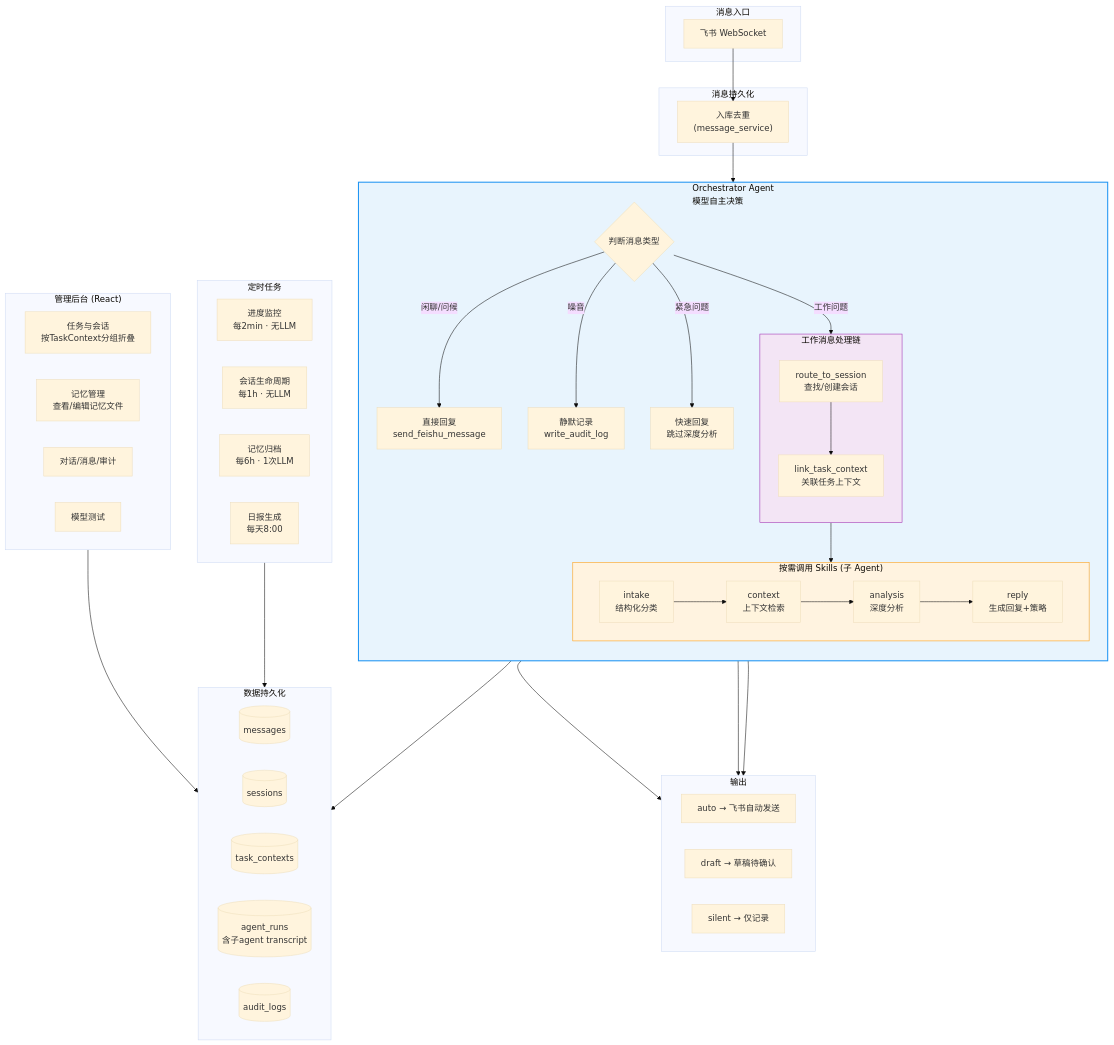
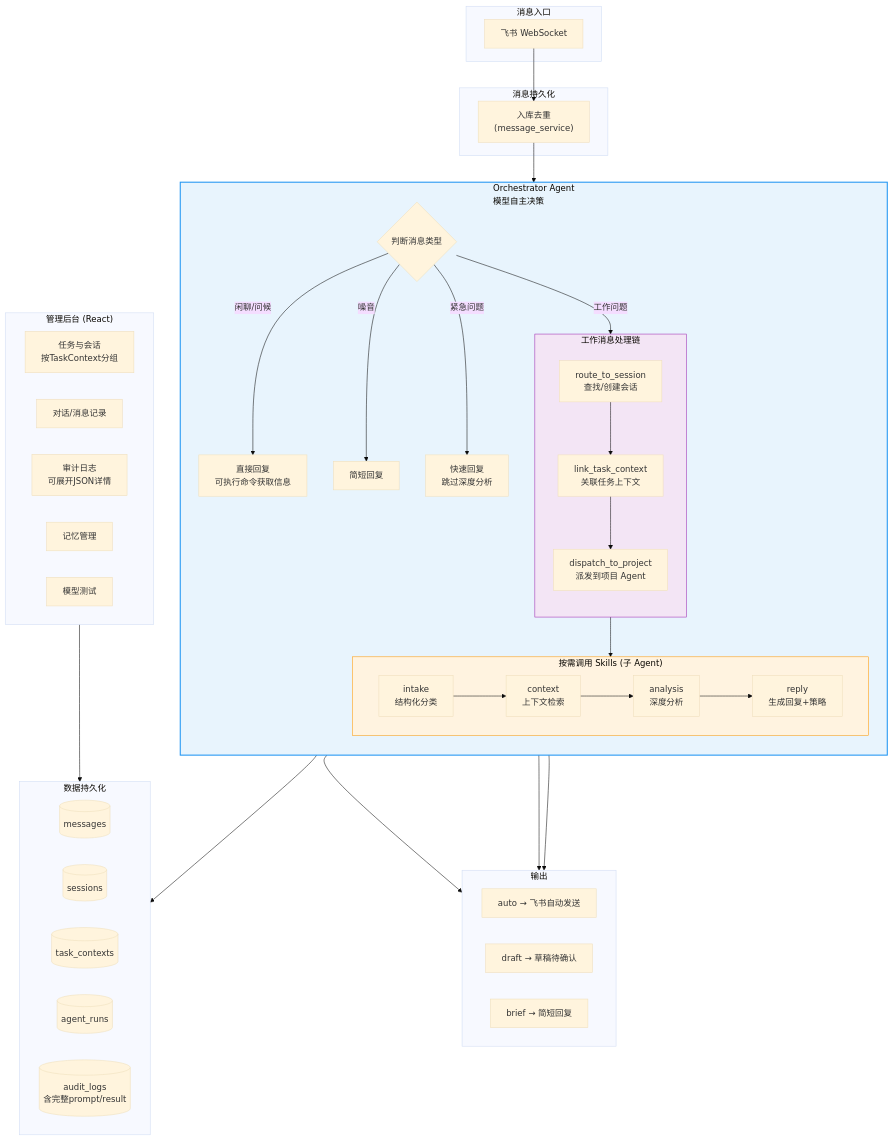
Before and after one commit to weifuchow/work-agent-os: the diagram in README.md, drawn with Mermaid (base theme). The commit also changed other lines of this file and 4 other files, not shown here.

````diff
--- a/README.md
+++ b/README.md
@@ -7,79 +7,73 @@
 ```mermaid
 flowchart TB
     subgraph Input["消息入口"]
         Feishu["飞书 WebSocket"]
     end
 
     subgraph Persist["消息持久化"]
         Save["入库去重<br/>(message_service)"]
     end
 
     subgraph Orchestrator["Orchestrator Agent<br/>模型自主决策"]
         direction TB
         Judge{"判断消息类型"}
 
-        Judge -->|"闲聊/问候"| DirectReply["直接回复<br/>send_feishu_message"]
-        Judge -->|"噪音"| Silent["静默记录<br/>write_audit_log"]
+        Judge -->|"闲聊/问候"| DirectReply["直接回复<br/>可执行命令获取信息"]
+        Judge -->|"噪音"| Brief["简短回复"]
         Judge -->|"工作问题"| WorkFlow
         Judge -->|"紧急问题"| UrgentFlow["快速回复<br/>跳过深度分析"]
 
         subgraph WorkFlow["工作消息处理链"]
             direction TB
             Route["route_to_session<br/>查找/创建会话"]
             Link["link_task_context<br/>关联任务上下文"]
-            Route --> Link
+            Dispatch["dispatch_to_project<br/>派发到项目 Agent"]
+            Route --> Link --> Dispatch
         end
 
         subgraph Skills["按需调用 Skills (子 Agent)"]
             direction LR
             Intake["intake<br/>结构化分类"]
             Context["context<br/>上下文检索"]
             Analysis["analysis<br/>深度分析"]
             Reply["reply<br/>生成回复+策略"]
         end
 
         WorkFlow --> Skills
         Intake --> Context --> Analysis --> Reply
     end
 
     subgraph Output["输出"]
         Auto["auto → 飞书自动发送"]
         Draft["draft → 草稿待确认"]
-        SilentOut["silent → 仅记录"]
+        BriefOut["brief → 简短回复"]
     end
 
     subgraph DB["数据持久化"]
         Messages[(messages)]
         Sessions[(sessions)]
         TaskCtx[(task_contexts)]
-        AgentRuns[(agent_runs<br/>含子agent transcript)]
-        AuditLogs[(audit_logs)]
-    end
-
-    subgraph Scheduled["定时任务"]
-        Monitor["进度监控<br/>每2min · 无LLM"]
-        Lifecycle["会话生命周期<br/>每1h · 无LLM"]
-        Memory["记忆归档<br/>每6h · 1次LLM"]
-        DailyReport["日报生成<br/>每天8:00"]
+        AgentRuns[(agent_runs)]
+        AuditLogs[(audit_logs<br/>含完整prompt/result)]
     end
 
     subgraph AdminUI["管理后台 (React)"]
-        TaskView["任务与会话<br/>按TaskContext分组折叠"]
-        MemoryView["记忆管理<br/>查看/编辑记忆文件"]
-        ConvView["对话/消息/审计"]
+        TaskView["任务与会话<br/>按TaskContext分组"]
+        ConvView["对话/消息记录"]
+        AuditView["审计日志<br/>可展开JSON详情"]
+        MemoryView["记忆管理"]
         Playground["模型测试"]
     end
 
     Feishu --> Save --> Orchestrator
     Reply --> Output
     UrgentFlow --> Output
     DirectReply --> Output
 
     Orchestrator --> DB
-    Scheduled --> DB
     AdminUI --> DB
 
     style Orchestrator fill:#e8f4fd,stroke:#2196F3,stroke-width:2px
     style Skills fill:#fff3e0,stroke:#FF9800,stroke-width:1px
     style WorkFlow fill:#f3e5f5,stroke:#9C27B0,stroke-width:1px
 ```
````
